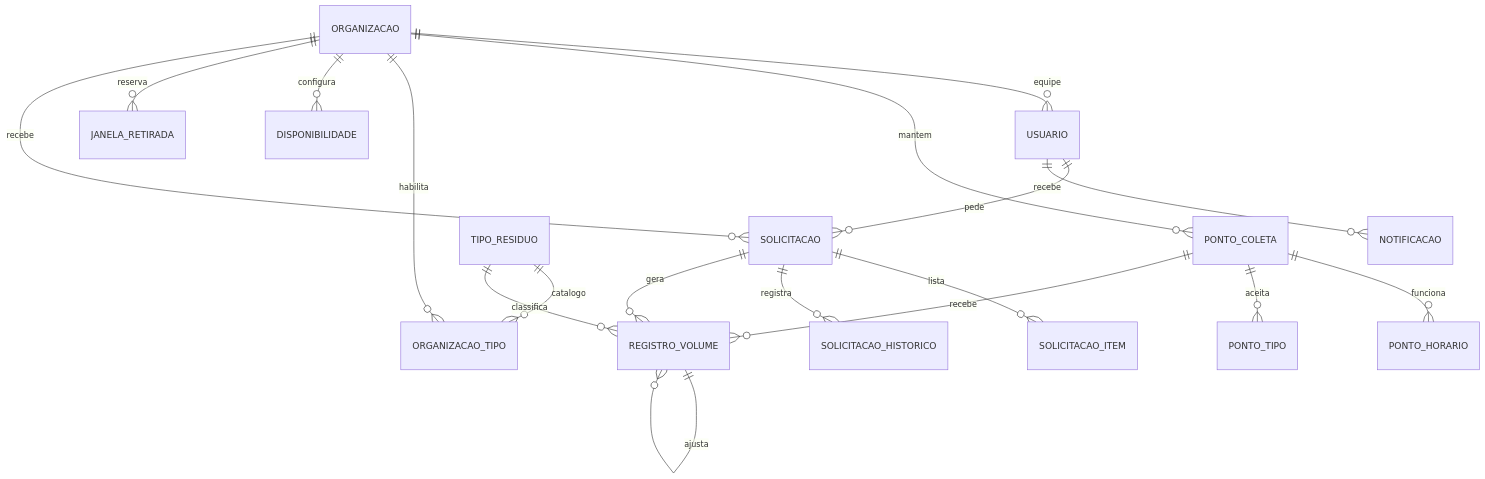
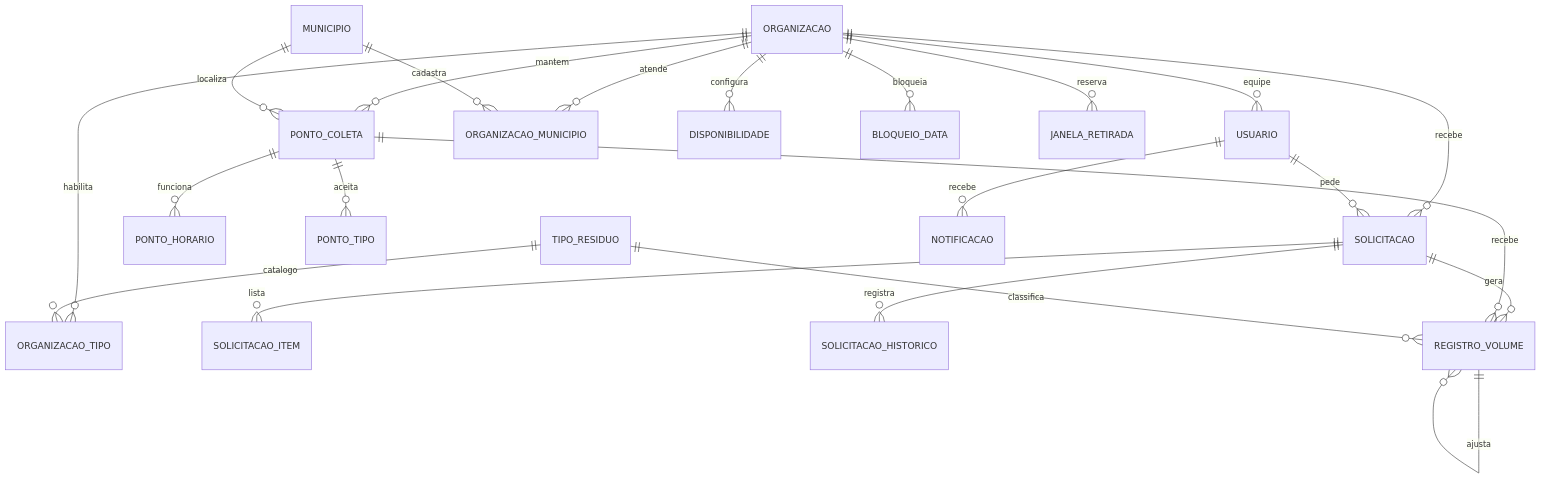
The second of 4 diagrams in docs/tdd.md (ThiaggoSylva/coleta-seletiva-2026), drawn with Mermaid before and after one commit. The commit also changed other lines of this file, not shown here.

````diff
--- a/docs/tdd.md
+++ b/docs/tdd.md
@@ -162,20 +207,24 @@
 ```mermaid
 erDiagram
     ORGANIZACAO ||--o{ USUARIO : equipe
     ORGANIZACAO ||--o{ PONTO_COLETA : mantem
     ORGANIZACAO ||--o{ ORGANIZACAO_TIPO : habilita
     TIPO_RESIDUO ||--o{ ORGANIZACAO_TIPO : catalogo
+    ORGANIZACAO ||--o{ ORGANIZACAO_MUNICIPIO : atende
+    MUNICIPIO ||--o{ ORGANIZACAO_MUNICIPIO : cadastra
+    MUNICIPIO ||--o{ PONTO_COLETA : localiza
     PONTO_COLETA ||--o{ PONTO_HORARIO : funciona
     PONTO_COLETA ||--o{ PONTO_TIPO : aceita
     ORGANIZACAO ||--o{ DISPONIBILIDADE : configura
+    ORGANIZACAO ||--o{ BLOQUEIO_DATA : bloqueia
     ORGANIZACAO ||--o{ JANELA_RETIRADA : reserva
     ORGANIZACAO ||--o{ SOLICITACAO : recebe
     USUARIO ||--o{ SOLICITACAO : pede
     SOLICITACAO ||--o{ SOLICITACAO_ITEM : lista
     SOLICITACAO ||--o{ SOLICITACAO_HISTORICO : registra
     SOLICITACAO ||--o{ REGISTRO_VOLUME : gera
     PONTO_COLETA ||--o{ REGISTRO_VOLUME : recebe
     REGISTRO_VOLUME ||--o{ REGISTRO_VOLUME : ajusta
     TIPO_RESIDUO ||--o{ REGISTRO_VOLUME : classifica
     USUARIO ||--o{ NOTIFICACAO : recebe
 ```
````
